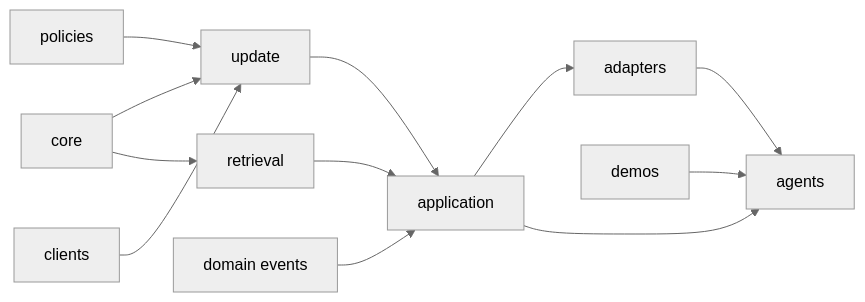
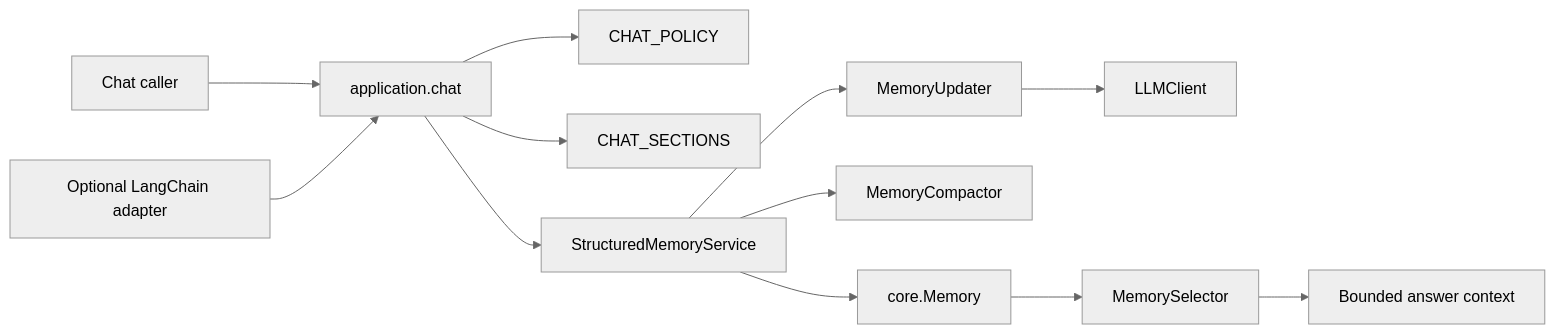
The first of 3 diagrams in ARCHITECTURE.md (sandy1990418/MemoryAgent), drawn with Mermaid (neutral theme) before and after one commit. The commit also changed other lines of this file and 20 other files, not shown here.

````diff
--- a/ARCHITECTURE.md
+++ b/ARCHITECTURE.md
@@ -154,14 +52,14 @@
 ```mermaid
 flowchart LR
-    Core[core] --> Update[update]
-    Core --> Retrieval[retrieval]
-    Policies[policies] --> Update
-    Update --> Application[application]
-    Retrieval --> Application
-    Domain[domain events] --> Application
-    Application --> Adapters[adapters]
-    Clients[clients] --> Update
-    Adapters --> Agents[agents]
-    Application --> Agents
-    Demos[demos] --> Agents
+  Caller[Chat caller] --> Facade[application.chat]
+  Facade --> Policy[CHAT_POLICY]
+  Facade --> Sections[CHAT_SECTIONS]
+  Facade --> Service[StructuredMemoryService]
+  Service --> Updater[MemoryUpdater]
+  Service --> Compactor[MemoryCompactor]
+  Service --> Store[core.Memory]
+  Updater --> LLM[LLMClient]
+  Store --> Selector[MemorySelector]
+  Selector --> Context[Bounded answer context]
+  LangChain[Optional LangChain adapter] --> Facade
 ```
````
